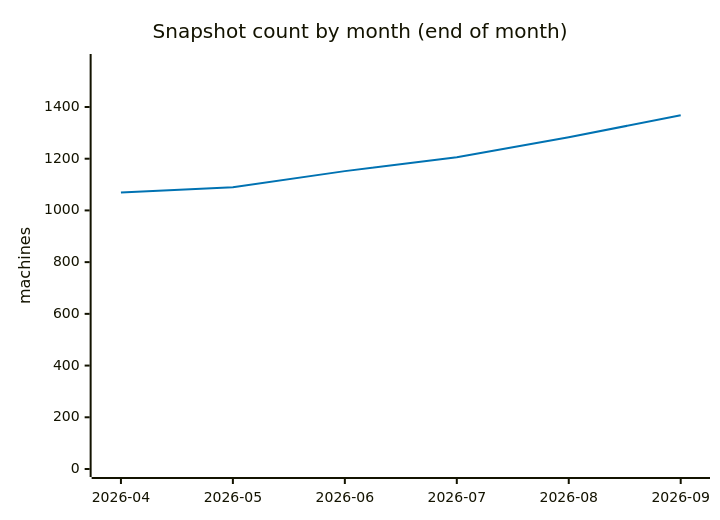
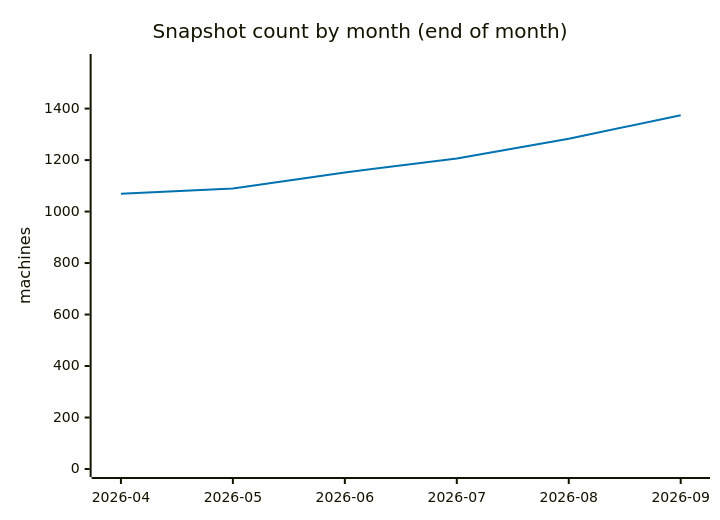
The fourth of 5 diagrams in ANALYSIS.md (cheeaun/returnright-data), drawn with Mermaid before and after one commit. The commit also changed other lines of this file and 4 other files, not shown here.

````diff
--- a/ANALYSIS.md
+++ b/ANALYSIS.md
@@ -204,13 +204,13 @@
 ```mermaid
 ---
 config:
   themeVariables:
     xyChart:
       plotColorPalette: "#0072B2"
 ---
 xychart-beta
     title "Snapshot count by month (end of month)"
     x-axis ["2026-04", "2026-05", "2026-06", "2026-07", "2026-08", "2026-09"]
-    y-axis "machines" 0 --> 1574
-    line [1069, 1090, 1152, 1206, 1283, 1368]
+    y-axis "machines" 0 --> 1581
+    line [1069, 1090, 1152, 1206, 1283, 1374]
 ```
````
